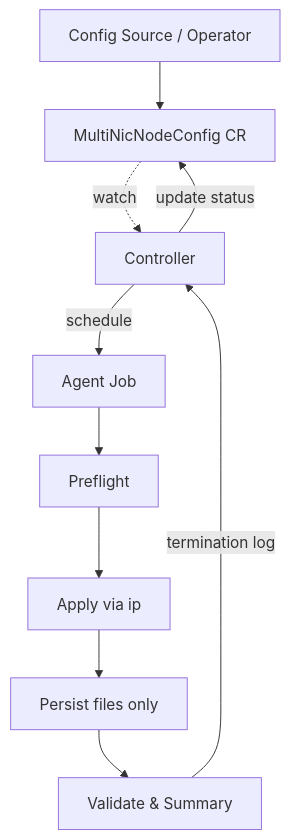
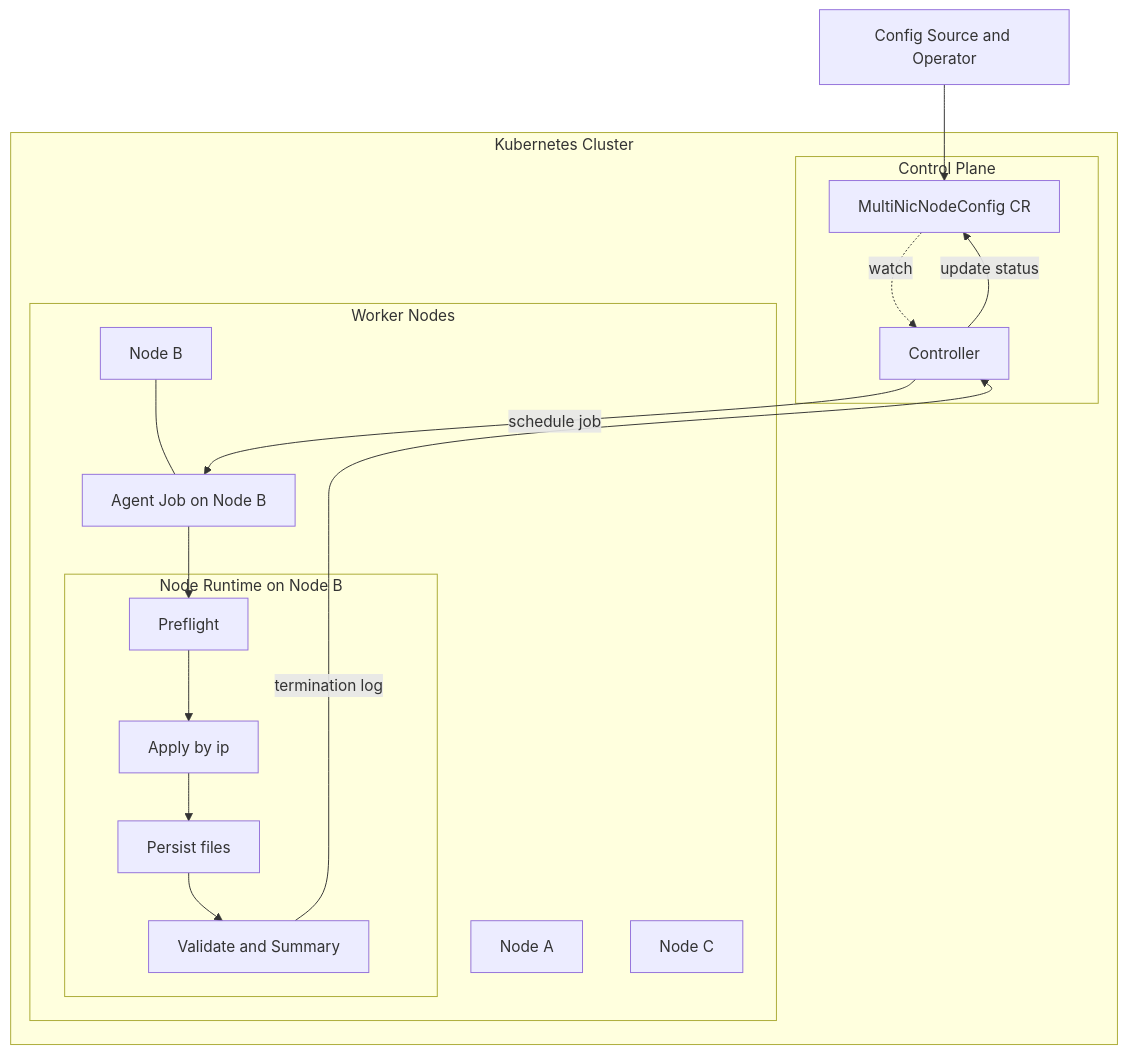
Before and after one commit to Minzino/multi-network-interface-agent: the first of 2 diagrams in README.md, drawn with Mermaid.

Commit message:
docs(readme): detail architecture with cluster and per-node view in mermaid
- Add Control Plane and Worker Nodes subgraphs and per-node runtime on Node B.
- Keep labels simple for renderer compatibility (no parentheses or special chars).

````diff
--- a/README.md
+++ b/README.md
@@ -35,18 +35,34 @@
 ```mermaid
 flowchart TB
-    EXT[Config Source / Operator]
-    CTL[Controller]
-    CR[MultiNicNodeConfig CR]
-    JOB[Agent Job]
-    PF[Preflight]
-    IP[Apply via ip]
-    PERSIST[Persist files only]
-    VAL[Validate & Summary]
+  EXT[Config Source and Operator]
 
-    EXT --> CR
-    CR -.watch.-> CTL
-    CTL -->|schedule| JOB
-    JOB --> PF --> IP --> PERSIST --> VAL
-    VAL -->|termination log| CTL
-    CTL -->|update status| CR
+  subgraph K8s_Cluster[Kubernetes Cluster]
+    subgraph Control_Plane[Control Plane]
+      CTL[Controller]
+      CR[MultiNicNodeConfig CR]
+    end
+
+    subgraph Worker_Nodes[Worker Nodes]
+      Node_A[Node A]
+      Node_B[Node B]
+      Node_C[Node C]
+      JOB[Agent Job on Node B]
+      Node_B --- JOB
+
+      subgraph Node_Runtime[Node Runtime on Node B]
+        PF[Preflight]
+        IP[Apply by ip]
+        PERSIST[Persist files]
+        VAL[Validate and Summary]
+      end
+
+      JOB --> PF --> IP --> PERSIST --> VAL
+    end
+  end
+
+  EXT --> CR
+  CR -.watch.-> CTL
+  CTL -->|schedule job| JOB
+  VAL -->|termination log| CTL
+  CTL -->|update status| CR
 ```
````
